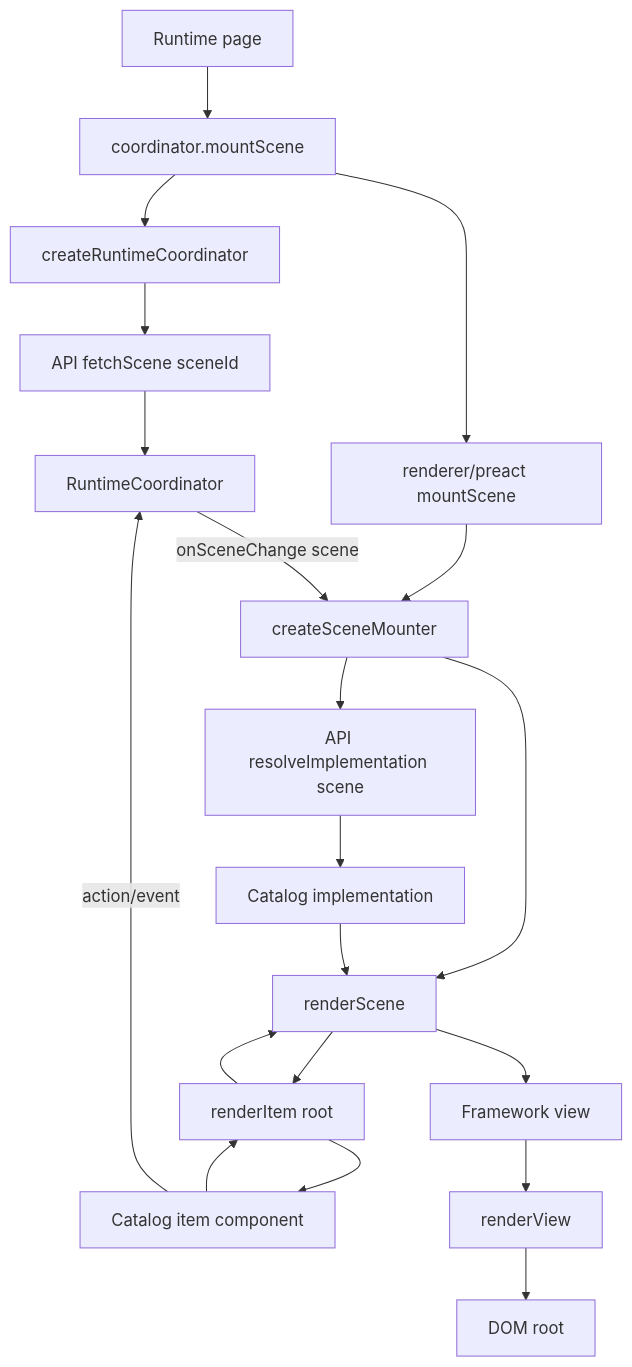
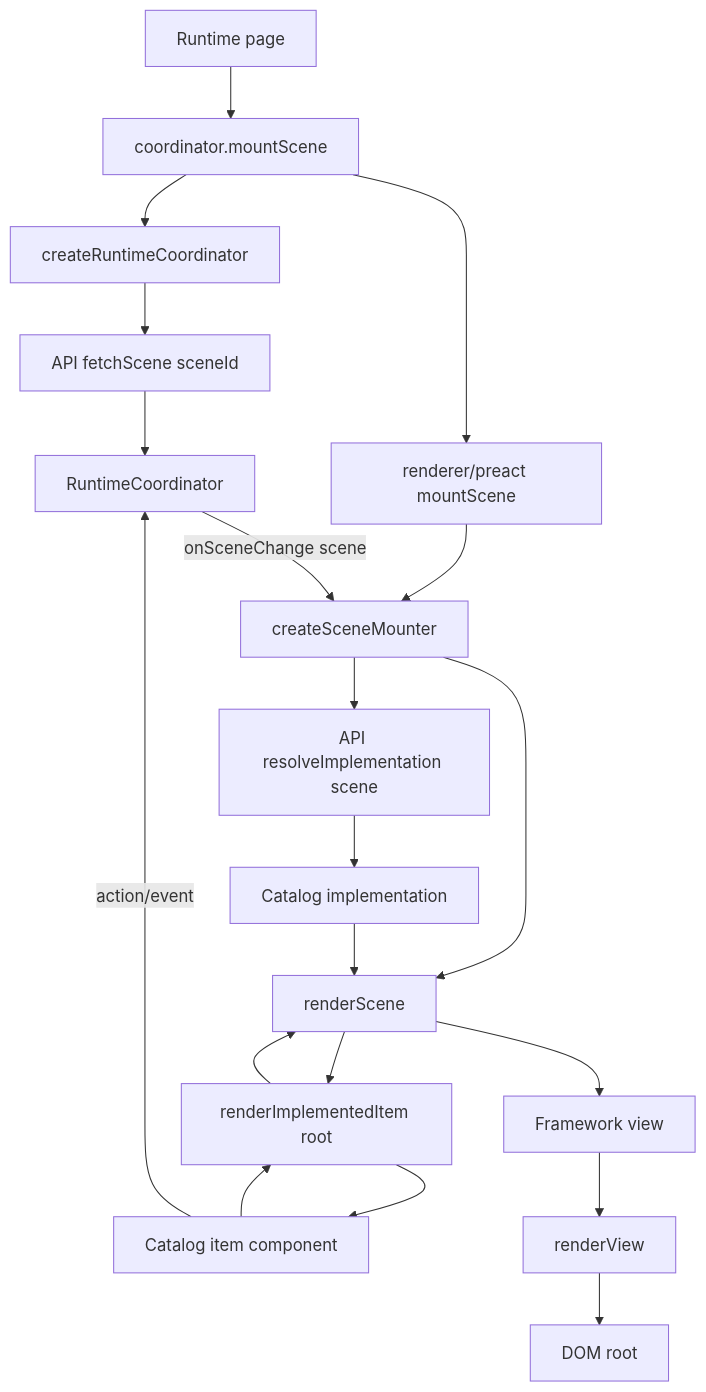
The first of 2 diagrams in experiments/web/renderers/README.md (acolby/catalogspec), drawn with Mermaid before and after one commit. The commit also changed other lines of this file and 28 other files, not shown here.

````diff
--- a/experiments/web/renderers/README.md
+++ b/experiments/web/renderers/README.md
@@ -75,25 +97,25 @@
 ```mermaid
 flowchart TD
   A[Runtime page] --> B[coordinator.mountScene]
   B --> C[createRuntimeCoordinator]
   C --> D[API fetchScene sceneId]
   D --> E[RuntimeCoordinator]
   B --> F[renderer/preact mountScene]
   F --> G[createSceneMounter]
 
   E -->|onSceneChange scene| G
   G --> H[API resolveImplementation scene]
   H --> I[Catalog implementation]
 
   G --> J[renderScene]
   I --> J
-  J --> K[renderItem root]
+  J --> K[renderImplementedItem root]
   K --> L[Catalog item component]
   L --> K
   K --> J
   J --> M[Framework view]
   M --> N[renderView]
   N --> O[DOM root]
 
   L -->|action/event| E
 ```
````
